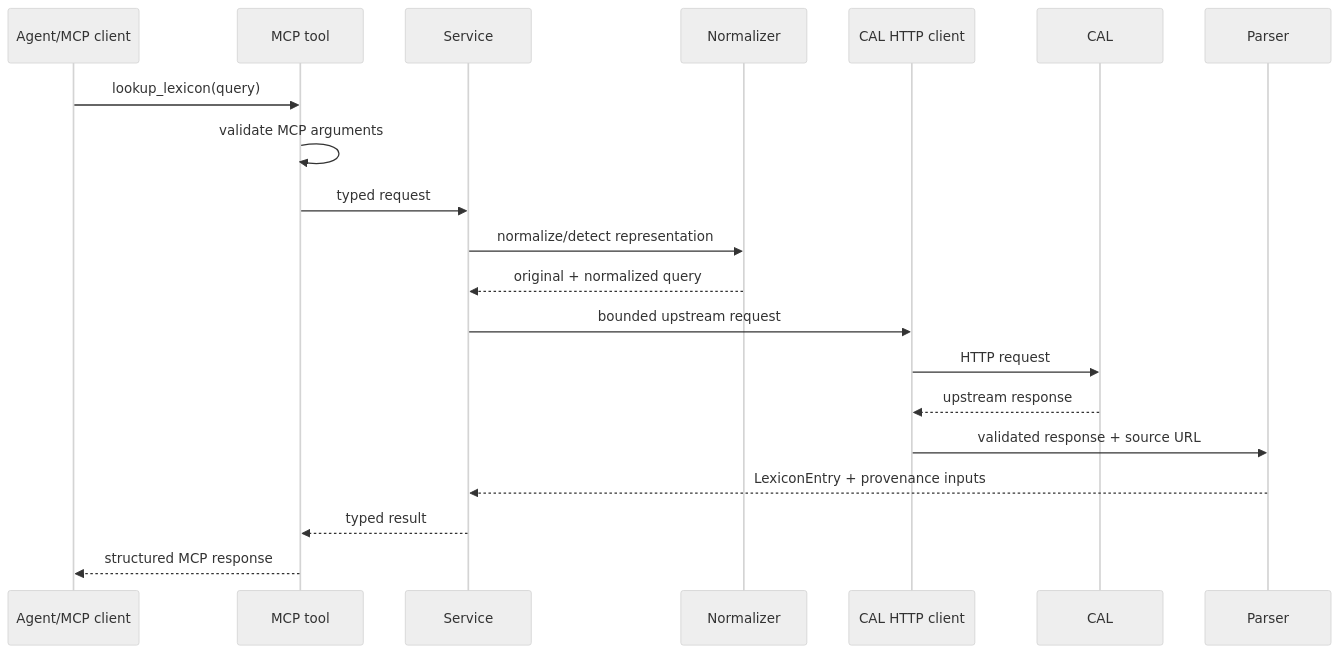
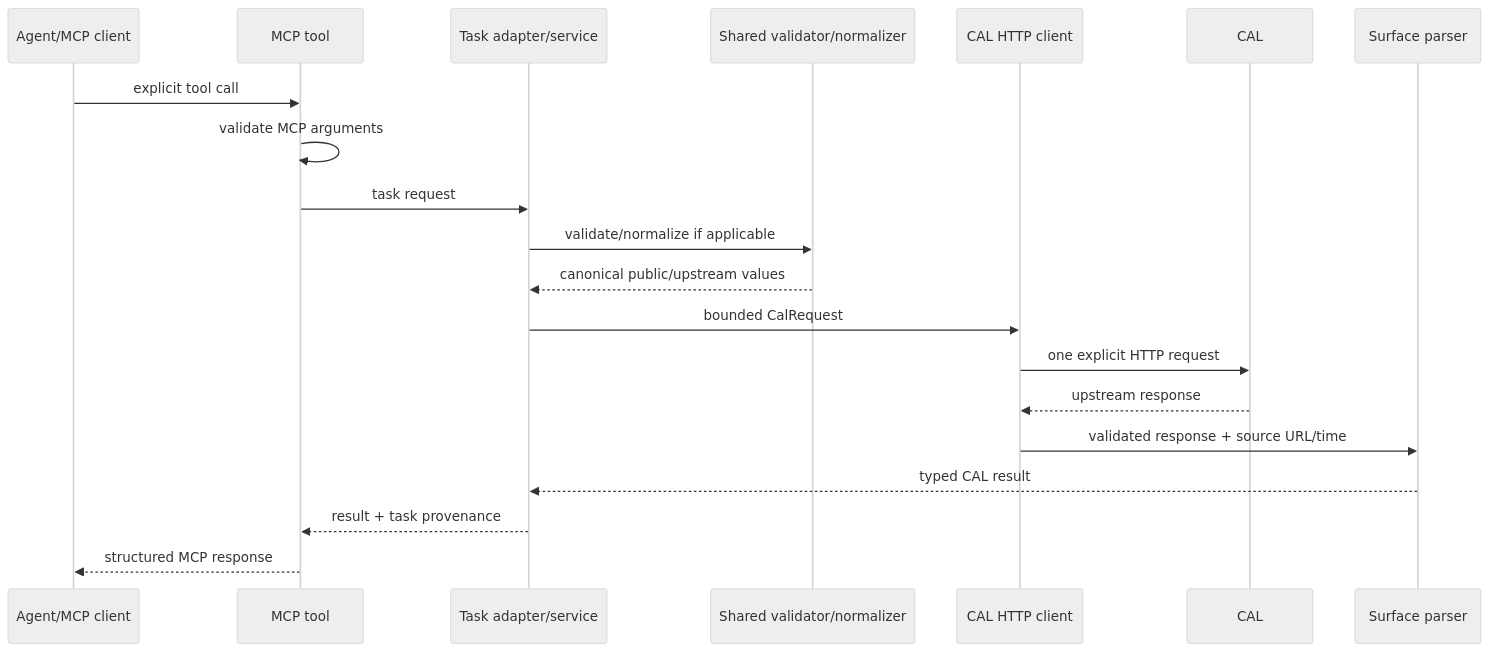
Before and after one commit to alexsosn/CAL-MCP: the fourth of 8 diagrams in wiki/architecture.md, drawn with Mermaid (neutral theme). The commit also changed other lines of this file, not shown here.

Commit message:
docs: align architecture with implemented v0.1 modules

````diff
--- a/wiki/architecture.md
+++ b/wiki/architecture.md
@@ -225,23 +209,23 @@
 ```mermaid
 sequenceDiagram
     participant A as Agent/MCP client
     participant M as MCP tool
-    participant S as Service
-    participant N as Normalizer
+    participant S as Task adapter/service
+    participant N as Shared validator/normalizer
     participant H as CAL HTTP client
     participant C as CAL
-    participant P as Parser
+    participant P as Surface parser
 
-    A->>M: lookup_lexicon(query)
+    A->>M: explicit tool call
     M->>M: validate MCP arguments
-    M->>S: typed request
-    S->>N: normalize/detect representation
-    N-->>S: original + normalized query
-    S->>H: bounded upstream request
-    H->>C: HTTP request
+    M->>S: task request
+    S->>N: validate/normalize if applicable
+    N-->>S: canonical public/upstream values
+    S->>H: bounded CalRequest
+    H->>C: one explicit HTTP request
     C-->>H: upstream response
-    H->>P: validated response + source URL
-    P-->>S: LexiconEntry + provenance inputs
-    S-->>M: typed result
+    H->>P: validated response + source URL/time
+    P-->>S: typed CAL result
+    S-->>M: result + task provenance
     M-->>A: structured MCP response
 ```
````
